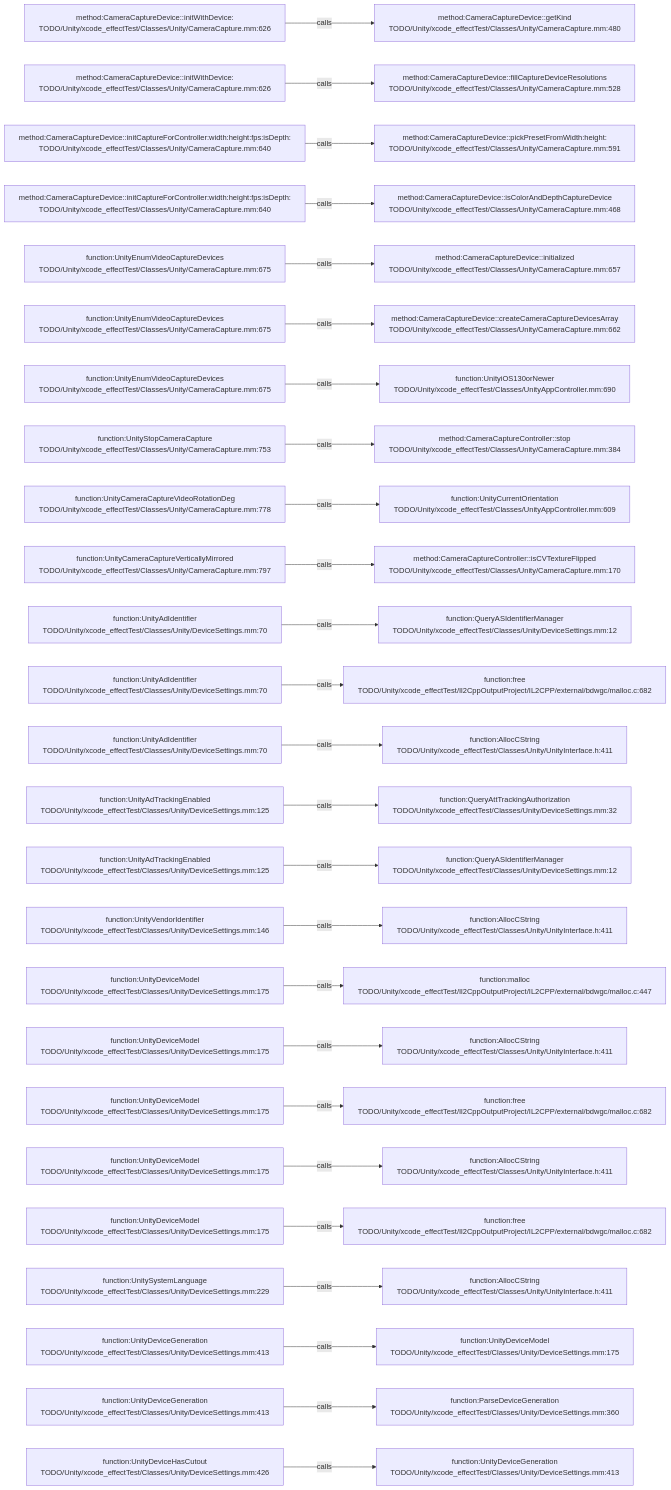
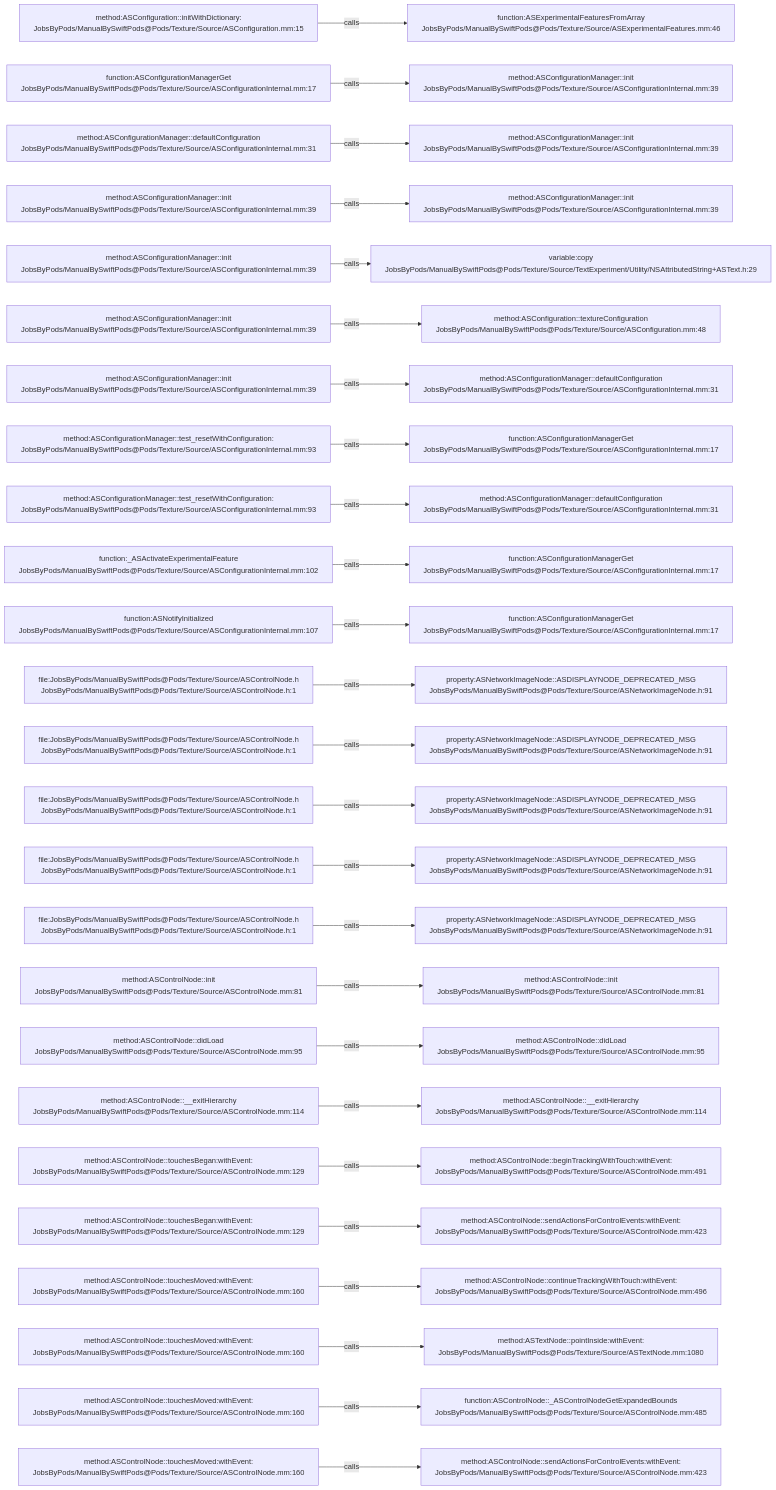
The diagram in .codegraph/codegraph.md/graphs/calls-035.md (JobsKits/JobsSwiftBaseConfigDemo), drawn with Mermaid before and after one commit. The commit also changed 2959 other files, not shown here.

````diff
--- a/.codegraph/codegraph.md/graphs/calls-035.md
+++ b/.codegraph/codegraph.md/graphs/calls-035.md
@@ -13,78 +13,78 @@
 ```mermaid
 flowchart LR
-  S1["method:CameraCaptureDevice::initWithDevice:<br/>TODO/Unity/xcode_effectTest/Classes/Unity/CameraCapture.mm:626"]
-  T1["method:CameraCaptureDevice::getKind<br/>TODO/Unity/xcode_effectTest/Classes/Unity/CameraCapture.mm:480"]
+  S1["method:ASConfiguration::initWithDictionary:<br/>JobsByPods/ManualBySwiftPods@Pods/Texture/Source/ASConfiguration.mm:15"]
+  T1["function:ASExperimentalFeaturesFromArray<br/>JobsByPods/ManualBySwiftPods@Pods/Texture/Source/ASExperimentalFeatures.mm:46"]
   S1 -->|calls| T1
-  S2["method:CameraCaptureDevice::initWithDevice:<br/>TODO/Unity/xcode_effectTest/Classes/Unity/CameraCapture.mm:626"]
-  T2["method:CameraCaptureDevice::fillCaptureDeviceResolutions<br/>TODO/Unity/xcode_effectTest/Classes/Unity/CameraCapture.mm:528"]
+  S2["function:ASConfigurationManagerGet<br/>JobsByPods/ManualBySwiftPods@Pods/Texture/Source/ASConfigurationInternal.mm:17"]
+  T2["method:ASConfigurationManager::init<br/>JobsByPods/ManualBySwiftPods@Pods/Texture/Source/ASConfigurationInternal.mm:39"]
   S2 -->|calls| T2
-  S3["method:CameraCaptureDevice::initCaptureForController:width:height:fps:isDepth:<br/>TODO/Unity/xcode_effectTest/Classes/Unity/CameraCapture.mm:640"]
-  T3["method:CameraCaptureDevice::pickPresetFromWidth:height:<br/>TODO/Unity/xcode_effectTest/Classes/Unity/CameraCapture.mm:591"]
+  S3["method:ASConfigurationManager::defaultConfiguration<br/>JobsByPods/ManualBySwiftPods@Pods/Texture/Source/ASConfigurationInternal.mm:31"]
+  T3["method:ASConfigurationManager::init<br/>JobsByPods/ManualBySwiftPods@Pods/Texture/Source/ASConfigurationInternal.mm:39"]
   S3 -->|calls| T3
-  S4["method:CameraCaptureDevice::initCaptureForController:width:height:fps:isDepth:<br/>TODO/Unity/xcode_effectTest/Classes/Unity/CameraCapture.mm:640"]
-  T4["method:CameraCaptureDevice::isColorAndDepthCaptureDevice<br/>TODO/Unity/xcode_effectTest/Classes/Unity/CameraCapture.mm:468"]
+  S4["method:ASConfigurationManager::init<br/>JobsByPods/ManualBySwiftPods@Pods/Texture/Source/ASConfigurationInternal.mm:39"]
+  T4["method:ASConfigurationManager::init<br/>JobsByPods/ManualBySwiftPods@Pods/Texture/Source/ASConfigurationInternal.mm:39"]
   S4 -->|calls| T4
-  S5["function:UnityEnumVideoCaptureDevices<br/>TODO/Unity/xcode_effectTest/Classes/Unity/CameraCapture.mm:675"]
-  T5["method:CameraCaptureDevice::initialized<br/>TODO/Unity/xcode_effectTest/Classes/Unity/CameraCapture.mm:657"]
+  S5["method:ASConfigurationManager::init<br/>JobsByPods/ManualBySwiftPods@Pods/Texture/Source/ASConfigurationInternal.mm:39"]
+  T5["variable:copy<br/>JobsByPods/ManualBySwiftPods@Pods/Texture/Source/TextExperiment/Utility/NSAttributedString+ASText.h:29"]
   S5 -->|calls| T5
-  S6["function:UnityEnumVideoCaptureDevices<br/>TODO/Unity/xcode_effectTest/Classes/Unity/CameraCapture.mm:675"]
-  T6["method:CameraCaptureDevice::createCameraCaptureDevicesArray<br/>TODO/Unity/xcode_effectTest/Classes/Unity/CameraCapture.mm:662"]
+  S6["method:ASConfigurationManager::init<br/>JobsByPods/ManualBySwiftPods@Pods/Texture/Source/ASConfigurationInternal.mm:39"]
+  T6["method:ASConfiguration::textureConfiguration<br/>JobsByPods/ManualBySwiftPods@Pods/Texture/Source/ASConfiguration.mm:48"]
   S6 -->|calls| T6
-  S7["function:UnityEnumVideoCaptureDevices<br/>TODO/Unity/xcode_effectTest/Classes/Unity/CameraCapture.mm:675"]
-  T7["function:UnityiOS130orNewer<br/>TODO/Unity/xcode_effectTest/Classes/UnityAppController.mm:690"]
+  S7["method:ASConfigurationManager::init<br/>JobsByPods/ManualBySwiftPods@Pods/Texture/Source/ASConfigurationInternal.mm:39"]
+  T7["method:ASConfigurationManager::defaultConfiguration<br/>JobsByPods/ManualBySwiftPods@Pods/Texture/Source/ASConfigurationInternal.mm:31"]
   S7 -->|calls| T7
-  S8["function:UnityStopCameraCapture<br/>TODO/Unity/xcode_effectTest/Classes/Unity/CameraCapture.mm:753"]
-  T8["method:CameraCaptureController::stop<br/>TODO/Unity/xcode_effectTest/Classes/Unity/CameraCapture.mm:384"]
+  S8["method:ASConfigurationManager::test_resetWithConfiguration:<br/>JobsByPods/ManualBySwiftPods@Pods/Texture/Source/ASConfigurationInternal.mm:93"]
+  T8["function:ASConfigurationManagerGet<br/>JobsByPods/ManualBySwiftPods@Pods/Texture/Source/ASConfigurationInternal.mm:17"]
   S8 -->|calls| T8
-  S9["function:UnityCameraCaptureVideoRotationDeg<br/>TODO/Unity/xcode_effectTest/Classes/Unity/CameraCapture.mm:778"]
-  T9["function:UnityCurrentOrientation<br/>TODO/Unity/xcode_effectTest/Classes/UnityAppController.mm:609"]
+  S9["method:ASConfigurationManager::test_resetWithConfiguration:<br/>JobsByPods/ManualBySwiftPods@Pods/Texture/Source/ASConfigurationInternal.mm:93"]
+  T9["method:ASConfigurationManager::defaultConfiguration<br/>JobsByPods/ManualBySwiftPods@Pods/Texture/Source/ASConfigurationInternal.mm:31"]
   S9 -->|calls| T9
-  S10["function:UnityCameraCaptureVerticallyMirrored<br/>TODO/Unity/xcode_effectTest/Classes/Unity/CameraCapture.mm:797"]
-  T10["method:CameraCaptureController::isCVTextureFlipped<br/>TODO/Unity/xcode_effectTest/Classes/Unity/CameraCapture.mm:170"]
+  S10["function:_ASActivateExperimentalFeature<br/>JobsByPods/ManualBySwiftPods@Pods/Texture/Source/ASConfigurationInternal.mm:102"]
+  T10["function:ASConfigurationManagerGet<br/>JobsByPods/ManualBySwiftPods@Pods/Texture/Source/ASConfigurationInternal.mm:17"]
   S10 -->|calls| T10
-  S11["function:UnityAdIdentifier<br/>TODO/Unity/xcode_effectTest/Classes/Unity/DeviceSettings.mm:70"]
-  T11["function:QueryASIdentifierManager<br/>TODO/Unity/xcode_effectTest/Classes/Unity/DeviceSettings.mm:12"]
+  S11["function:ASNotifyInitialized<br/>JobsByPods/ManualBySwiftPods@Pods/Texture/Source/ASConfigurationInternal.mm:107"]
+  T11["function:ASConfigurationManagerGet<br/>JobsByPods/ManualBySwiftPods@Pods/Texture/Source/ASConfigurationInternal.mm:17"]
   S11 -->|calls| T11
-  S12["function:UnityAdIdentifier<br/>TODO/Unity/xcode_effectTest/Classes/Unity/DeviceSettings.mm:70"]
-  T12["function:free<br/>TODO/Unity/xcode_effectTest/Il2CppOutputProject/IL2CPP/external/bdwgc/malloc.c:682"]
+  S12["file:JobsByPods/ManualBySwiftPods@Pods/Texture/Source/ASControlNode.h<br/>JobsByPods/ManualBySwiftPods@Pods/Texture/Source/ASControlNode.h:1"]
+  T12["property:ASNetworkImageNode::ASDISPLAYNODE_DEPRECATED_MSG<br/>JobsByPods/ManualBySwiftPods@Pods/Texture/Source/ASNetworkImageNode.h:91"]
   S12 -->|calls| T12
-  S13["function:UnityAdIdentifier<br/>TODO/Unity/xcode_effectTest/Classes/Unity/DeviceSettings.mm:70"]
-  T13["function:AllocCString<br/>TODO/Unity/xcode_effectTest/Classes/Unity/UnityInterface.h:411"]
+  S13["file:JobsByPods/ManualBySwiftPods@Pods/Texture/Source/ASControlNode.h<br/>JobsByPods/ManualBySwiftPods@Pods/Texture/Source/ASControlNode.h:1"]
+  T13["property:ASNetworkImageNode::ASDISPLAYNODE_DEPRECATED_MSG<br/>JobsByPods/ManualBySwiftPods@Pods/Texture/Source/ASNetworkImageNode.h:91"]
   S13 -->|calls| T13
-  S14["function:UnityAdTrackingEnabled<br/>TODO/Unity/xcode_effectTest/Classes/Unity/DeviceSettings.mm:125"]
-  T14["function:QueryAttTrackingAuthorization<br/>TODO/Unity/xcode_effectTest/Classes/Unity/DeviceSettings.mm:32"]
+  S14["file:JobsByPods/ManualBySwiftPods@Pods/Texture/Source/ASControlNode.h<br/>JobsByPods/ManualBySwiftPods@Pods/Texture/Source/ASControlNode.h:1"]
+  T14["property:ASNetworkImageNode::ASDISPLAYNODE_DEPRECATED_MSG<br/>JobsByPods/ManualBySwiftPods@Pods/Texture/Source/ASNetworkImageNode.h:91"]
   S14 -->|calls| T14
-  S15["function:UnityAdTrackingEnabled<br/>TODO/Unity/xcode_effectTest/Classes/Unity/DeviceSettings.mm:125"]
-  T15["function:QueryASIdentifierManager<br/>TODO/Unity/xcode_effectTest/Classes/Unity/DeviceSettings.mm:12"]
+  S15["file:JobsByPods/ManualBySwiftPods@Pods/Texture/Source/ASControlNode.h<br/>JobsByPods/ManualBySwiftPods@Pods/Texture/Source/ASControlNode.h:1"]
+  T15["property:ASNetworkImageNode::ASDISPLAYNODE_DEPRECATED_MSG<br/>JobsByPods/ManualBySwiftPods@Pods/Texture/Source/ASNetworkImageNode.h:91"]
   S15 -->|calls| T15
-  S16["function:UnityVendorIdentifier<br/>TODO/Unity/xcode_effectTest/Classes/Unity/DeviceSettings.mm:146"]
-  T16["function:AllocCString<br/>TODO/Unity/xcode_effectTest/Classes/Unity/UnityInterface.h:411"]
+  S16["file:JobsByPods/ManualBySwiftPods@Pods/Texture/Source/ASControlNode.h<br/>JobsByPods/ManualBySwiftPods@Pods/Texture/Source/ASControlNode.h:1"]
+  T16["property:ASNetworkImageNode::ASDISPLAYNODE_DEPRECATED_MSG<br/>JobsByPods/ManualBySwiftPods@Pods/Texture/Source/ASNetworkImageNode.h:91"]
   S16 -->|calls| T16
-  S17["function:UnityDeviceModel<br/>TODO/Unity/xcode_effectTest/Classes/Unity/DeviceSettings.mm:175"]
-  T17["function:malloc<br/>TODO/Unity/xcode_effectTest/Il2CppOutputProject/IL2CPP/external/bdwgc/malloc.c:447"]
+  S17["method:ASControlNode::init<br/>JobsByPods/ManualBySwiftPods@Pods/Texture/Source/ASControlNode.mm:81"]
+  T17["method:ASControlNode::init<br/>JobsByPods/ManualBySwiftPods@Pods/Texture/Source/ASControlNode.mm:81"]
   S17 -->|calls| T17
-  S18["function:UnityDeviceModel<br/>TODO/Unity/xcode_effectTest/Classes/Unity/DeviceSettings.mm:175"]
-  T18["function:AllocCString<br/>TODO/Unity/xcode_effectTest/Classes/Unity/UnityInterface.h:411"]
+  S18["method:ASControlNode::didLoad<br/>JobsByPods/ManualBySwiftPods@Pods/Texture/Source/ASControlNode.mm:95"]
+  T18["method:ASControlNode::didLoad<br/>JobsByPods/ManualBySwiftPods@Pods/Texture/Source/ASControlNode.mm:95"]
   S18 -->|calls| T18
-  S19["function:UnityDeviceModel<br/>TODO/Unity/xcode_effectTest/Classes/Unity/DeviceSettings.mm:175"]
-  T19["function:free<br/>TODO/Unity/xcode_effectTest/Il2CppOutputProject/IL2CPP/external/bdwgc/malloc.c:682"]
+  S19["method:ASControlNode::__exitHierarchy<br/>JobsByPods/ManualBySwiftPods@Pods/Texture/Source/ASControlNode.mm:114"]
+  T19["method:ASControlNode::__exitHierarchy<br/>JobsByPods/ManualBySwiftPods@Pods/Texture/Source/ASControlNode.mm:114"]
   S19 -->|calls| T19
-  S20["function:UnityDeviceModel<br/>TODO/Unity/xcode_effectTest/Classes/Unity/DeviceSettings.mm:175"]
-  T20["function:AllocCString<br/>TODO/Unity/xcode_effectTest/Classes/Unity/UnityInterface.h:411"]
+  S20["method:ASControlNode::touchesBegan:withEvent:<br/>JobsByPods/ManualBySwiftPods@Pods/Texture/Source/ASControlNode.mm:129"]
+  T20["method:ASControlNode::beginTrackingWithTouch:withEvent:<br/>JobsByPods/ManualBySwiftPods@Pods/Texture/Source/ASControlNode.mm:491"]
   S20 -->|calls| T20
-  S21["function:UnityDeviceModel<br/>TODO/Unity/xcode_effectTest/Classes/Unity/DeviceSettings.mm:175"]
-  T21["function:free<br/>TODO/Unity/xcode_effectTest/Il2CppOutputProject/IL2CPP/external/bdwgc/malloc.c:682"]
+  S21["method:ASControlNode::touchesBegan:withEvent:<br/>JobsByPods/ManualBySwiftPods@Pods/Texture/Source/ASControlNode.mm:129"]
+  T21["method:ASControlNode::sendActionsForControlEvents:withEvent:<br/>JobsByPods/ManualBySwiftPods@Pods/Texture/Source/ASControlNode.mm:423"]
   S21 -->|calls| T21
-  S22["function:UnitySystemLanguage<br/>TODO/Unity/xcode_effectTest/Classes/Unity/DeviceSettings.mm:229"]
-  T22["function:AllocCString<br/>TODO/Unity/xcode_effectTest/Classes/Unity/UnityInterface.h:411"]
+  S22["method:ASControlNode::touchesMoved:withEvent:<br/>JobsByPods/ManualBySwiftPods@Pods/Texture/Source/ASControlNode.mm:160"]
+  T22["method:ASControlNode::continueTrackingWithTouch:withEvent:<br/>JobsByPods/ManualBySwiftPods@Pods/Texture/Source/ASControlNode.mm:496"]
   S22 -->|calls| T22
-  S23["function:UnityDeviceGeneration<br/>TODO/Unity/xcode_effectTest/Classes/Unity/DeviceSettings.mm:413"]
-  T23["function:UnityDeviceModel<br/>TODO/Unity/xcode_effectTest/Classes/Unity/DeviceSettings.mm:175"]
+  S23["method:ASControlNode::touchesMoved:withEvent:<br/>JobsByPods/ManualBySwiftPods@Pods/Texture/Source/ASControlNode.mm:160"]
+  T23["method:ASTextNode::pointInside:withEvent:<br/>JobsByPods/ManualBySwiftPods@Pods/Texture/Source/ASTextNode.mm:1080"]
   S23 -->|calls| T23
-  S24["function:UnityDeviceGeneration<br/>TODO/Unity/xcode_effectTest/Classes/Unity/DeviceSettings.mm:413"]
-  T24["function:ParseDeviceGeneration<br/>TODO/Unity/xcode_effectTest/Classes/Unity/DeviceSettings.mm:360"]
+  S24["method:ASControlNode::touchesMoved:withEvent:<br/>JobsByPods/ManualBySwiftPods@Pods/Texture/Source/ASControlNode.mm:160"]
+  T24["function:ASControlNode::_ASControlNodeGetExpandedBounds<br/>JobsByPods/ManualBySwiftPods@Pods/Texture/Source/ASControlNode.mm:485"]
   S24 -->|calls| T24
-  S25["function:UnityDeviceHasCutout<br/>TODO/Unity/xcode_effectTest/Classes/Unity/DeviceSettings.mm:426"]
-  T25["function:UnityDeviceGeneration<br/>TODO/Unity/xcode_effectTest/Classes/Unity/DeviceSettings.mm:413"]
+  S25["method:ASControlNode::touchesMoved:withEvent:<br/>JobsByPods/ManualBySwiftPods@Pods/Texture/Source/ASControlNode.mm:160"]
+  T25["method:ASControlNode::sendActionsForControlEvents:withEvent:<br/>JobsByPods/ManualBySwiftPods@Pods/Texture/Source/ASControlNode.mm:423"]
   S25 -->|calls| T25
 ```
````
